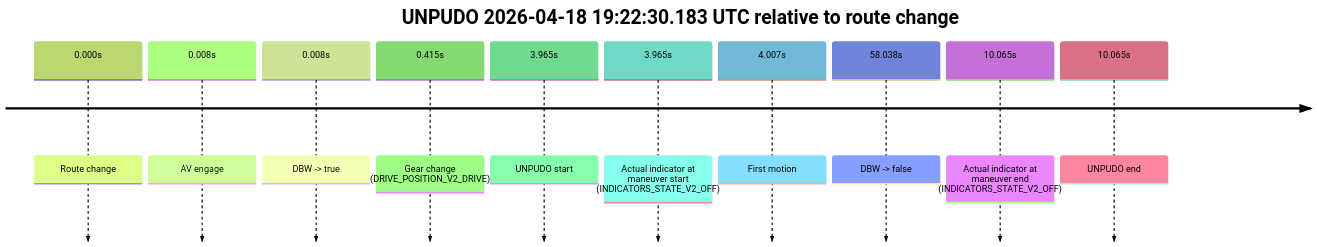
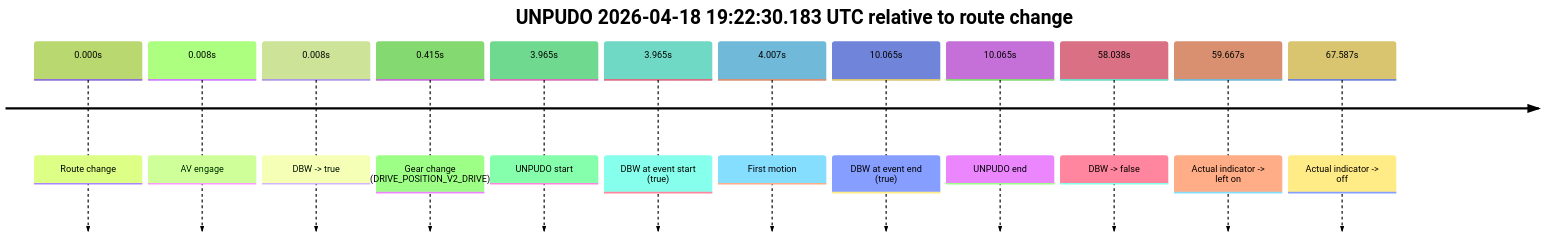
Before and after one commit to yoelshapiro/vault: the first of 3 diagrams in model_analysis/report_cards/2026/04/Week-3/fme20002--2026-04-18--19-15-35--gen2-av-5854f931-35f6-449b-83bc-06f77637cb31.md, drawn with Mermaid (forest theme). The commit also changed other lines of this file and 32 other files, not shown here.

````diff
--- a/model_analysis/report_cards/2026/04/Week-3/fme20002--2026-04-18--19-15-35--gen2-av-5854f931-35f6-449b-83bc-06f77637cb31.md
+++ b/model_analysis/report_cards/2026/04/Week-3/fme20002--2026-04-18--19-15-35--gen2-av-5854f931-35f6-449b-83bc-06f77637cb31.md
@@ -43,14 +45,16 @@
 ```mermaid
 timeline
     title UNPUDO 2026-04-18 19:22:30.183 UTC relative to route change
     0.000s : Route change
     0.008s : AV engage
     0.008s : DBW -> true
     0.415s : Gear change (DRIVE_POSITION_V2_DRIVE)
     3.965s : UNPUDO start
-    3.965s : Actual indicator at maneuver start (INDICATORS_STATE_V2_OFF)
+    3.965s : DBW at event start (true)
     4.007s : First motion
+    10.065s : DBW at event end (true)
+    10.065s : UNPUDO end
     58.038s : DBW -> false
-    10.065s : Actual indicator at maneuver end (INDICATORS_STATE_V2_OFF)
-    10.065s : UNPUDO end
+    59.667s : Actual indicator -> left on
+    67.587s : Actual indicator -> off
 ```
````
